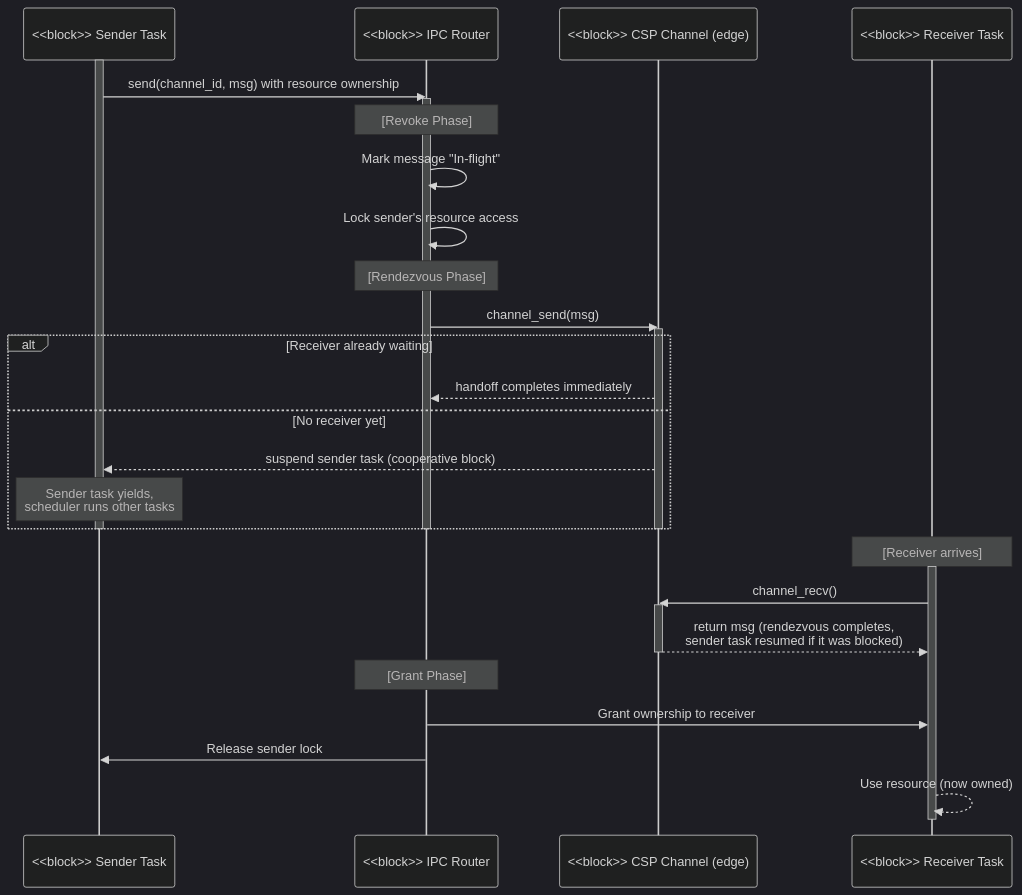
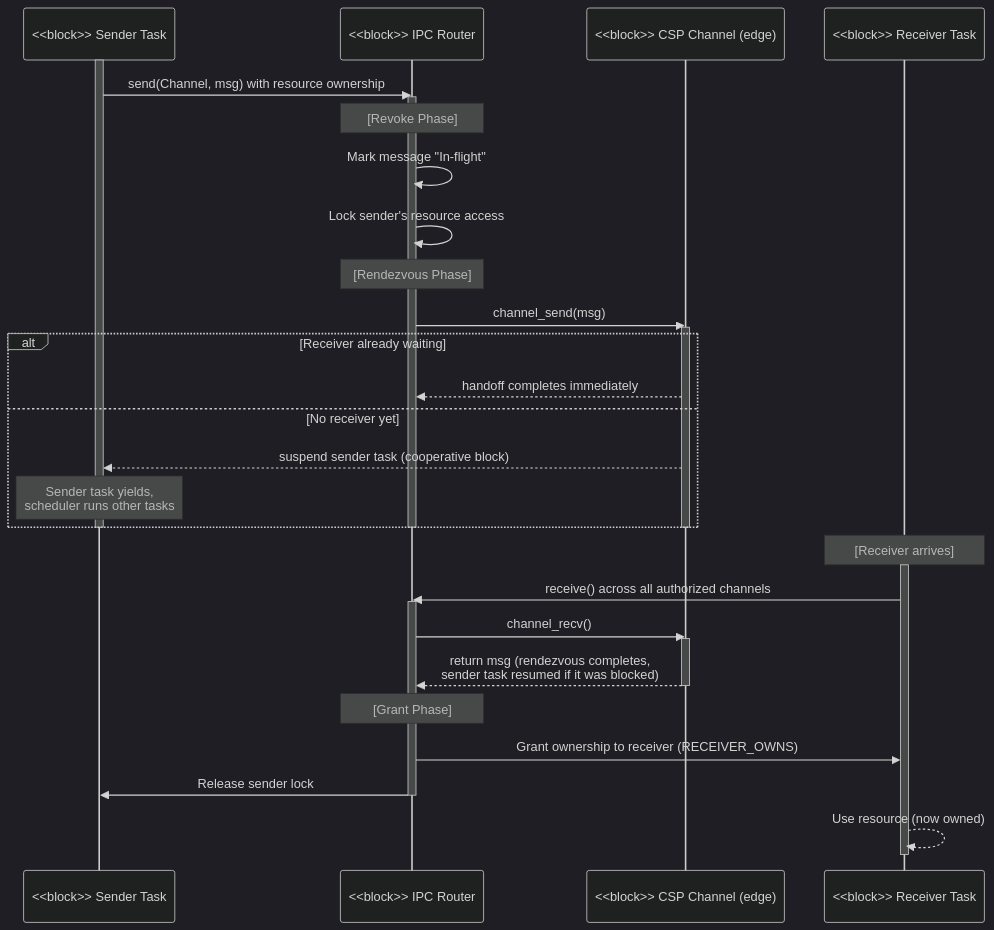
Before and after one commit to kmt-t/fireball: the seventh of 7 diagrams in docs/components/tier1_interface/ipc_router.md, drawn with Mermaid (dark theme). The commit also changed other lines of this file and 3 other files, not shown here.

````diff
--- a/docs/components/tier1_interface/ipc_router.md
+++ b/docs/components/tier1_interface/ipc_router.md
@@ -538,43 +527,46 @@
 ```mermaid
 sequenceDiagram
     participant Tx as <<block>> Sender Task
     participant R as <<block>> IPC Router
     participant Ch as <<block>> CSP Channel (edge)
     participant Rx as <<block>> Receiver Task
 
     activate Tx
-    Tx->>R: send(channel_id, msg) with resource ownership
+    Tx->>R: send(Channel, msg) with resource ownership
     activate R
 
     Note over R: [Revoke Phase]
     R->>R: Mark message "In-flight"
     R->>R: Lock sender's resource access
 
     Note over R: [Rendezvous Phase]
     R->>Ch: channel_send(msg)
     activate Ch
     alt Receiver already waiting
         Ch-->>R: handoff completes immediately
     else No receiver yet
         Ch-->>Tx: suspend sender task (cooperative block)
         Note over Tx: Sender task yields,<br/>scheduler runs other tasks
     end
     deactivate Ch
 
     deactivate R
     deactivate Tx
 
     Note over Rx: [Receiver arrives]
     activate Rx
-    Rx->>Ch: channel_recv()
+    Rx->>R: receive() across all authorized channels
+    activate R
+    R->>Ch: channel_recv()
     activate Ch
-    Ch-->>Rx: return msg (rendezvous completes,<br/>sender task resumed if it was blocked)
+    Ch-->>R: return msg (rendezvous completes,<br/>sender task resumed if it was blocked)
     deactivate Ch
 
     Note over R: [Grant Phase]
-    R->>Rx: Grant ownership to receiver
+    R->>Rx: Grant ownership to receiver (RECEIVER_OWNS)
     R->>Tx: Release sender lock
+    deactivate R
 
     Rx-->>Rx: Use resource (now owned)
     deactivate Rx
 ```
````
